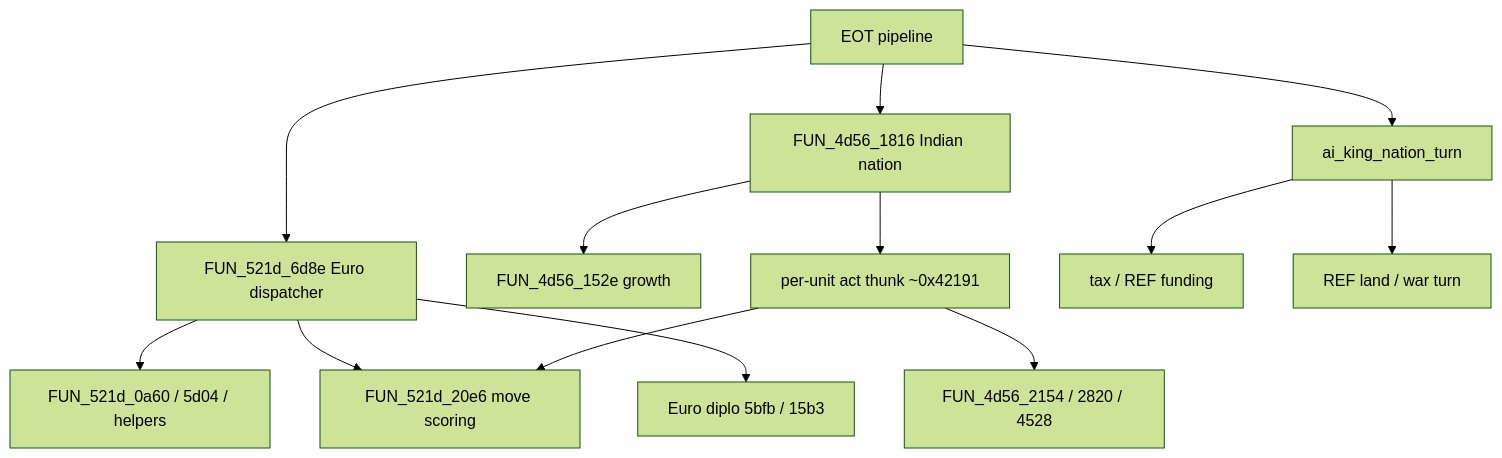
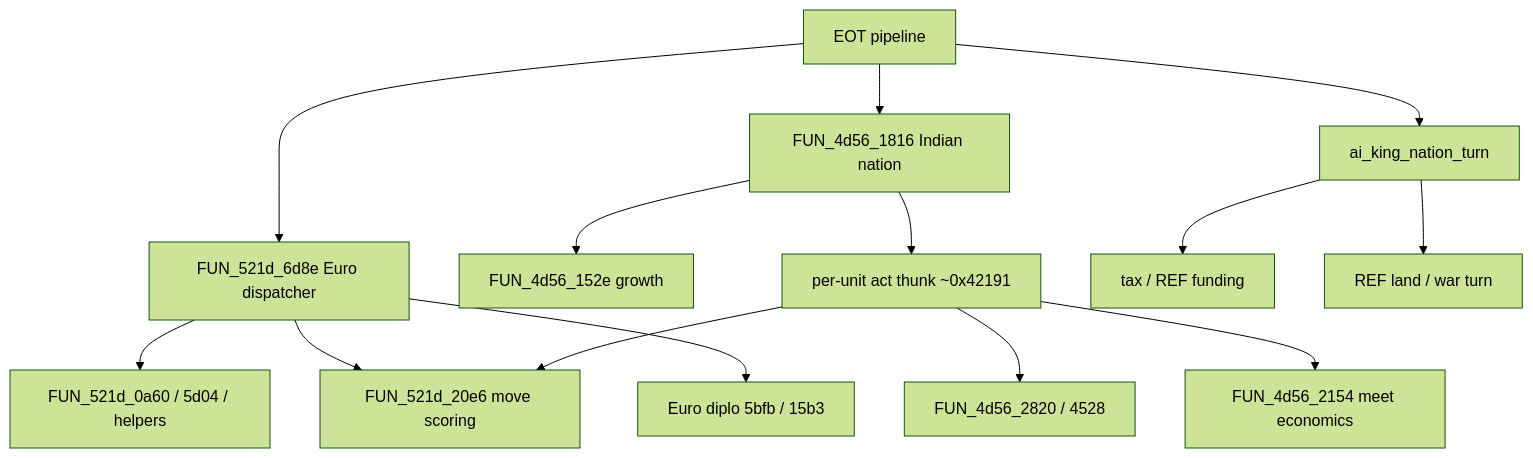
Before and after one commit to AbuDhabi/linux-colonize: the diagram in docs/ai_transcription.md, drawn with Mermaid (forest theme). The commit also changed other lines of this file and 18 other files, not shown here.

````diff
--- a/docs/ai_transcription.md
+++ b/docs/ai_transcription.md
@@ -98,15 +98,16 @@
 ```mermaid
 flowchart TD
   eot[EOT pipeline] --> euro[FUN_521d_6d8e Euro dispatcher]
   eot --> indian[FUN_4d56_1816 Indian nation]
   eot --> king[ai_king_nation_turn]
   euro --> goals[FUN_521d_0a60 / 5d04 / helpers]
   euro --> score[FUN_521d_20e6 move scoring]
   euro --> diplo[Euro diplo 5bfb / 15b3]
   indian --> growth[FUN_4d56_152e growth]
   indian --> unitAct["per-unit act thunk ~0x42191"]
   unitAct --> score
-  unitAct --> raids[FUN_4d56_2154 / 2820 / 4528]
+  unitAct --> raids[FUN_4d56_2820 / 4528]
+  unitAct --> meetEcon[FUN_4d56_2154 meet economics]
   king --> tax[tax / REF funding]
   king --> ref[REF land / war turn]
 ```
````
